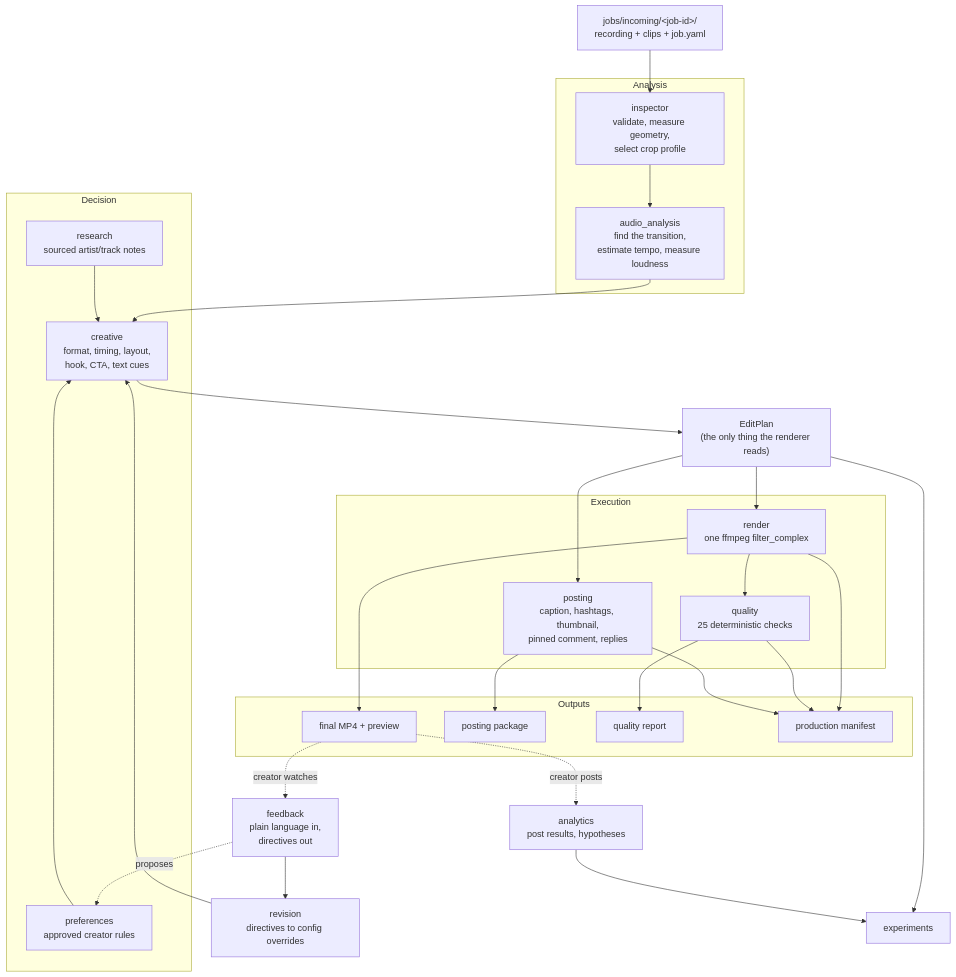
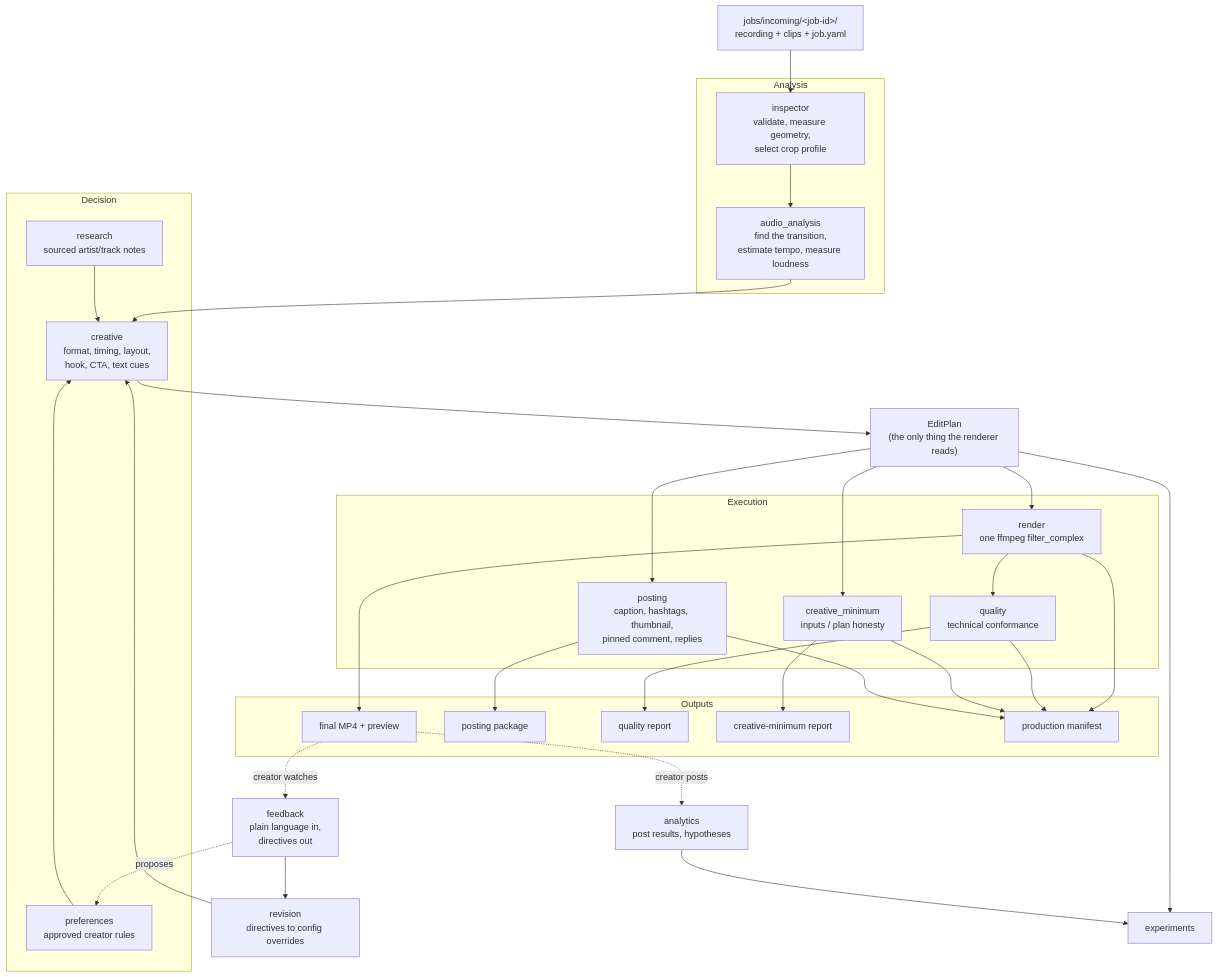
The diagram in docs/architecture/production-pipeline.md (sammyswe/EssenceOfVirality), drawn with Mermaid before and after one commit. The commit also changed other lines of this file and 19 other files, not shown here.

First line of the commit message:
Split technical quality from creative-minimum before review-ready

````diff
--- a/docs/architecture/production-pipeline.md
+++ b/docs/architecture/production-pipeline.md
@@ -34,51 +34,55 @@
 ```mermaid
 flowchart TD
     JOB["jobs/incoming/&lt;job-id&gt;/<br/>recording + clips + job.yaml"]
 
     subgraph analysis [Analysis]
       INSP["inspector<br/>validate, measure geometry,<br/>select crop profile"]
       AUD["audio_analysis<br/>find the transition,<br/>estimate tempo, measure loudness"]
     end
 
     subgraph decision [Decision]
       PREF["preferences<br/>approved creator rules"]
       RSCH["research<br/>sourced artist/track notes"]
       CREA["creative<br/>format, timing, layout,<br/>hook, CTA, text cues"]
     end
 
     PLAN["EditPlan<br/>(the only thing the renderer reads)"]
 
     subgraph execution [Execution]
       REND["render<br/>one ffmpeg filter_complex"]
-      QUAL["quality<br/>25 deterministic checks"]
+      QUAL["quality<br/>technical conformance"]
+      CMIN["creative_minimum<br/>inputs / plan honesty"]
       POST["posting<br/>caption, hashtags, thumbnail,<br/>pinned comment, replies"]
     end
 
     subgraph outputs [Outputs]
       MP4["final MP4 + preview"]
       PKG["posting package"]
       QR["quality report"]
+      CM["creative-minimum report"]
       VPM["production manifest"]
     end
 
     FB["feedback<br/>plain language in,<br/>directives out"]
     REV["revision<br/>directives to config overrides"]
     EXPT["experiments"]
     ANLY["analytics<br/>post results, hypotheses"]
 
     JOB --> INSP --> AUD --> CREA
     PREF --> CREA
     RSCH --> CREA
     CREA --> PLAN --> REND --> QUAL
+    PLAN --> CMIN
     PLAN --> POST
     REND --> MP4
     POST --> PKG
     QUAL --> QR
-    REND & QUAL & POST --> VPM
+    CMIN --> CM
+    REND & QUAL & CMIN & POST --> VPM
     MP4 -.creator watches.-> FB
     FB --> REV --> CREA
     FB -.proposes.-> PREF
     PLAN --> EXPT
     MP4 -.creator posts.-> ANLY
     ANLY --> EXPT
 ```
````
